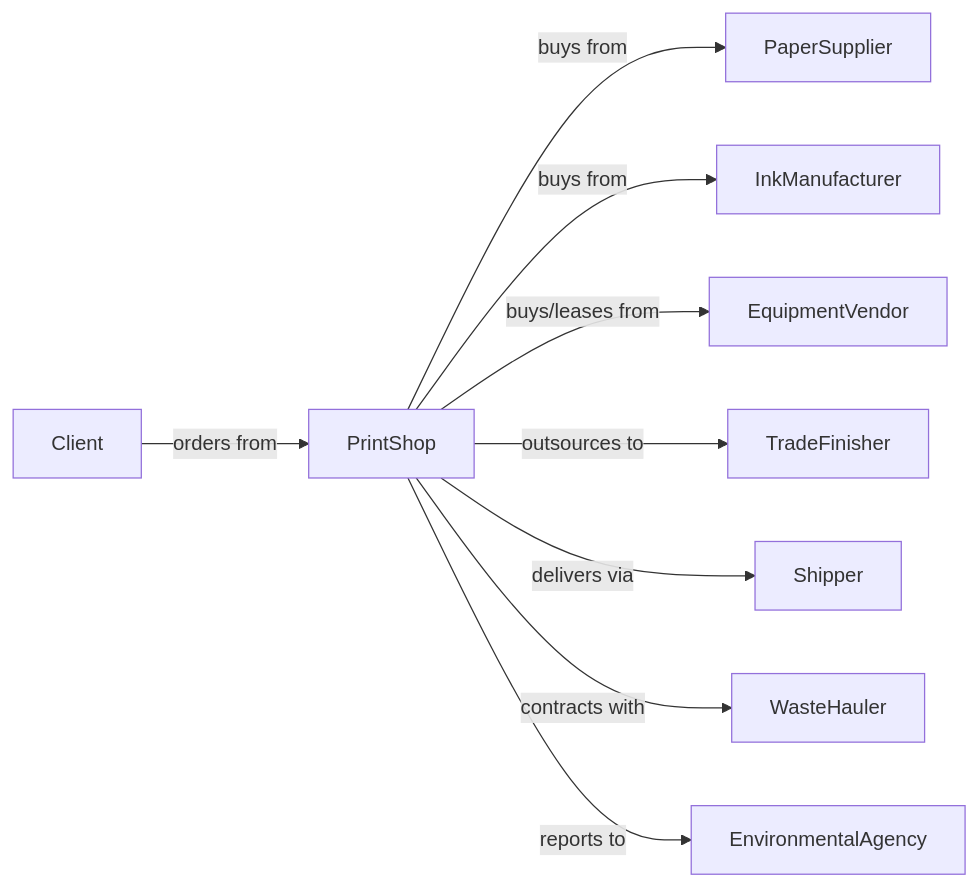
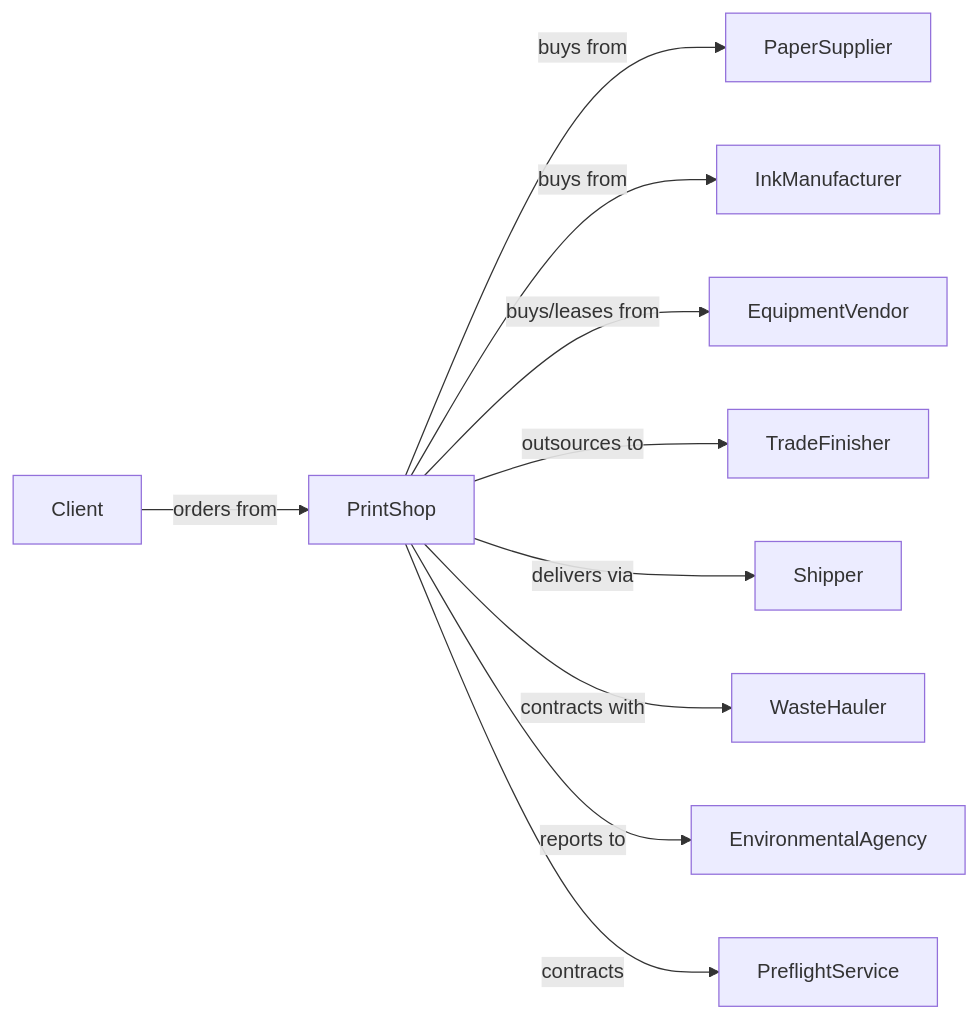
One commit to dot-org-ai/industries.org.ai changed the second of 2 diagrams in Manufacturing/PrintingAndRelatedSupportActivities/PrintingAndRelatedSupportActivities/CommercialPrintingExceptScreenAndBooks.mdx. Above: the diagram before and after it, drawn with Mermaid. The commit also changed other lines of this file and 588 other files, not shown here.

````diff
--- a/Manufacturing/PrintingAndRelatedSupportActivities/PrintingAndRelatedSupportActivities/CommercialPrintingExceptScreenAndBooks.mdx
+++ b/Manufacturing/PrintingAndRelatedSupportActivities/PrintingAndRelatedSupportActivities/CommercialPrintingExceptScreenAndBooks.mdx
@@ -143,13 +143,14 @@
 ```mermaid
 graph LR
     P[PrintShop]
 
     P -->|buys from| PaperSupplier
     P -->|buys from| InkManufacturer
     P -->|buys/leases from| EquipmentVendor
     P -->|outsources to| TradeFinisher
     P -->|delivers via| Shipper
     P -->|contracts with| WasteHauler
     P -->|reports to| EnvironmentalAgency
     Client -->|orders from| P
+    P -->|contracts| PreflightService
 ```
````
